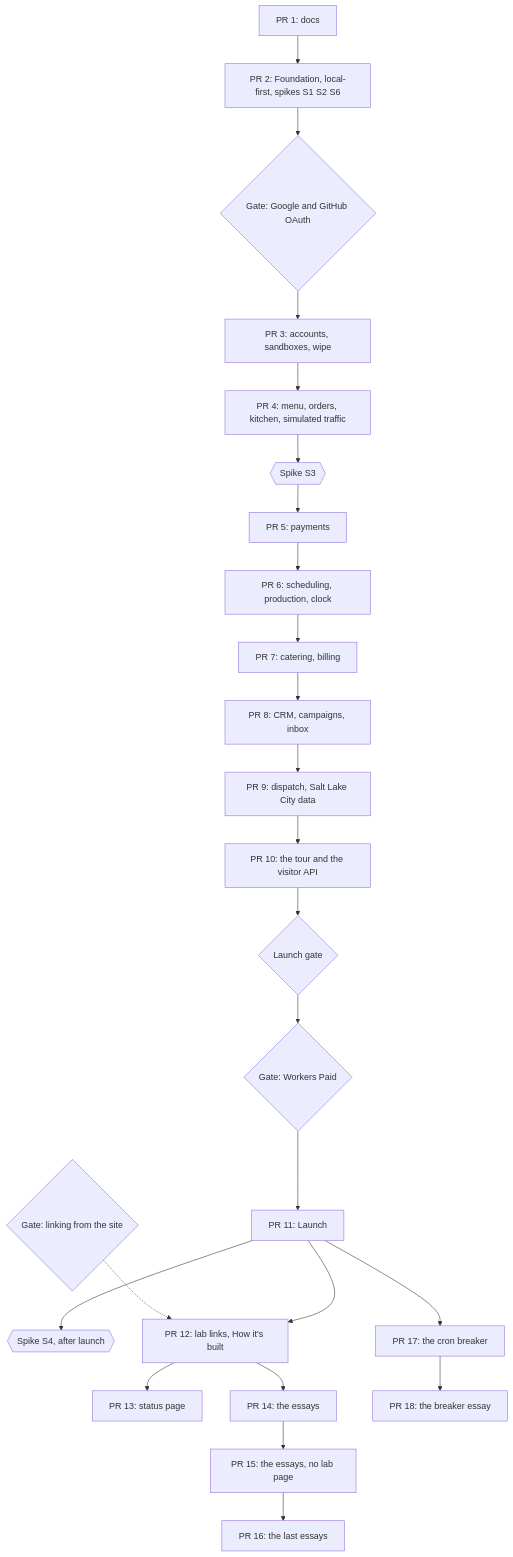
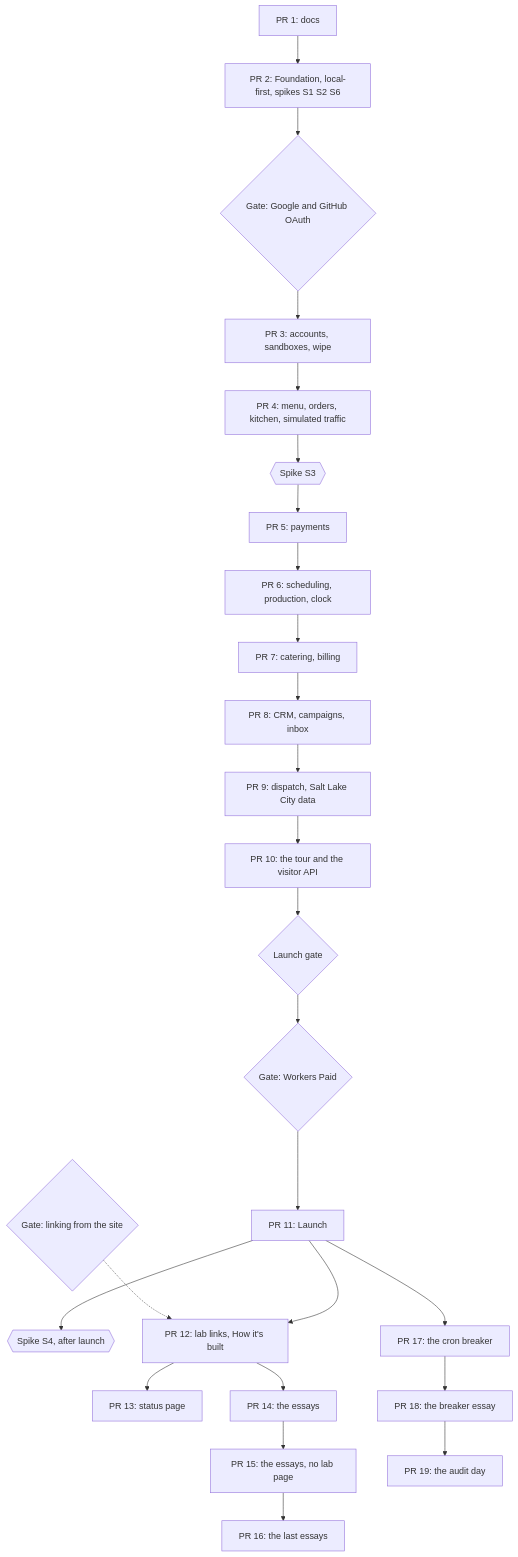
The diagram in docs/roadmap.md (IHaveASegway/bakery), drawn with Mermaid before and after one commit. The commit also changed other lines of this file and 2 other files, not shown here.

````diff
--- a/docs/roadmap.md
+++ b/docs/roadmap.md
@@ -73,14 +74,15 @@
 ```mermaid
 flowchart TB
   P1["PR 1: docs"] --> P2["PR 2: Foundation, local-first, spikes S1 S2 S6"]
   P2 --> OG{"Gate: Google and GitHub OAuth"} --> P3["PR 3: accounts, sandboxes, wipe"] --> P4["PR 4: menu, orders, kitchen, simulated traffic"]
   P4 --> S3{{"Spike S3"}} --> P5["PR 5: payments"]
   P5 --> P6["PR 6: scheduling, production, clock"] --> P7["PR 7: catering, billing"] --> P8["PR 8: CRM, campaigns, inbox"] --> P9["PR 9: dispatch, Salt Lake City data"]
   P9 --> P10["PR 10: the tour and the visitor API"]
   P10 --> LG{"Launch gate"} --> WP{"Gate: Workers Paid"} --> P11["PR 11: Launch"]
   P11 --> S4{{"Spike S4, after launch"}}
   LG2{"Gate: linking from the site"} -.-> P12
   P11 --> P12["PR 12: lab links, How it's built"] --> P13["PR 13: status page"]
   P12 --> P14["PR 14: the essays"] --> P15["PR 15: the essays, no lab page"] --> P16["PR 16: the last essays"]
   P11 --> P17["PR 17: the cron breaker"] --> P18["PR 18: the breaker essay"]
+  P18 --> P19["PR 19: the audit day"]
 ```
````
